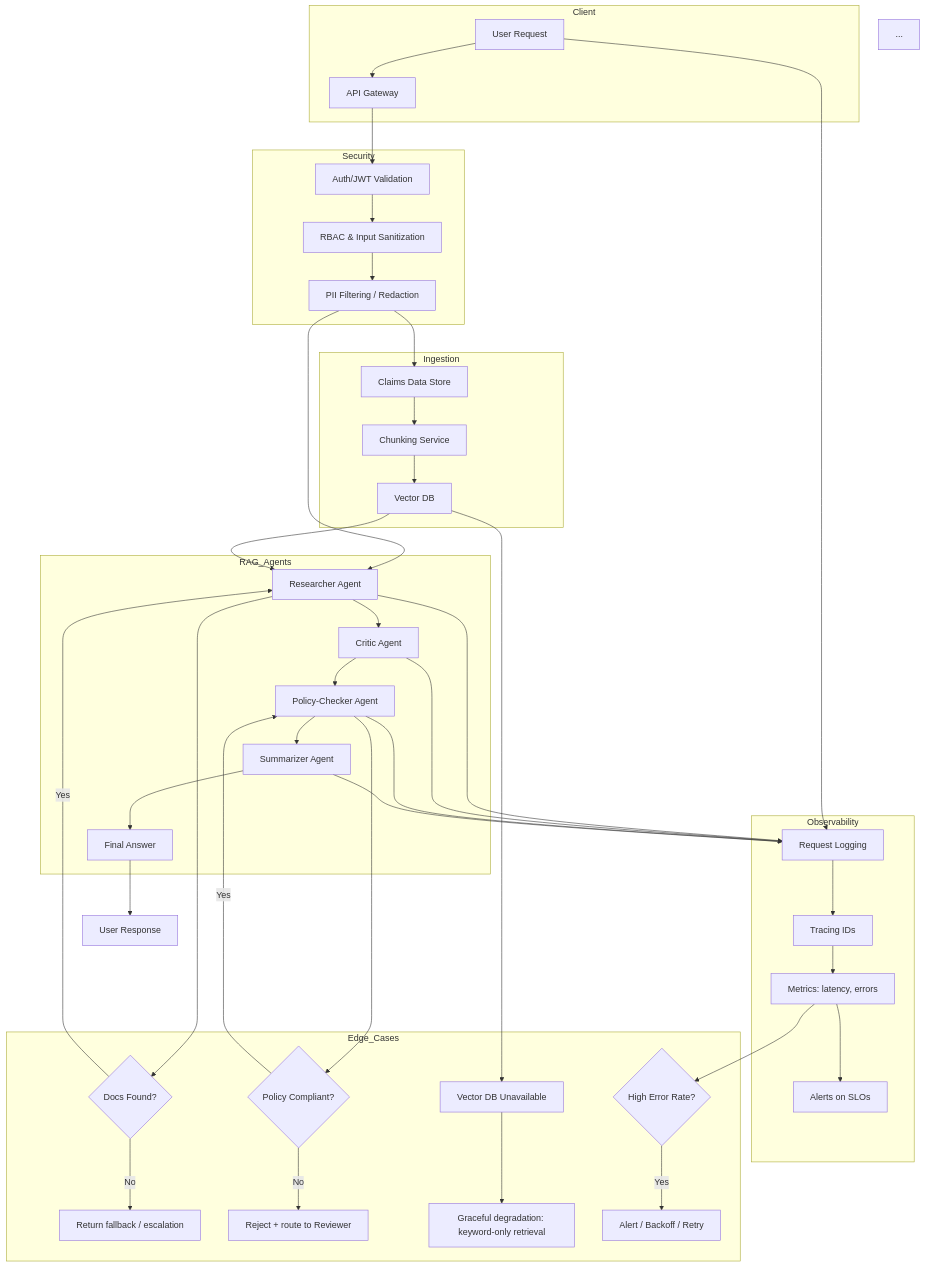
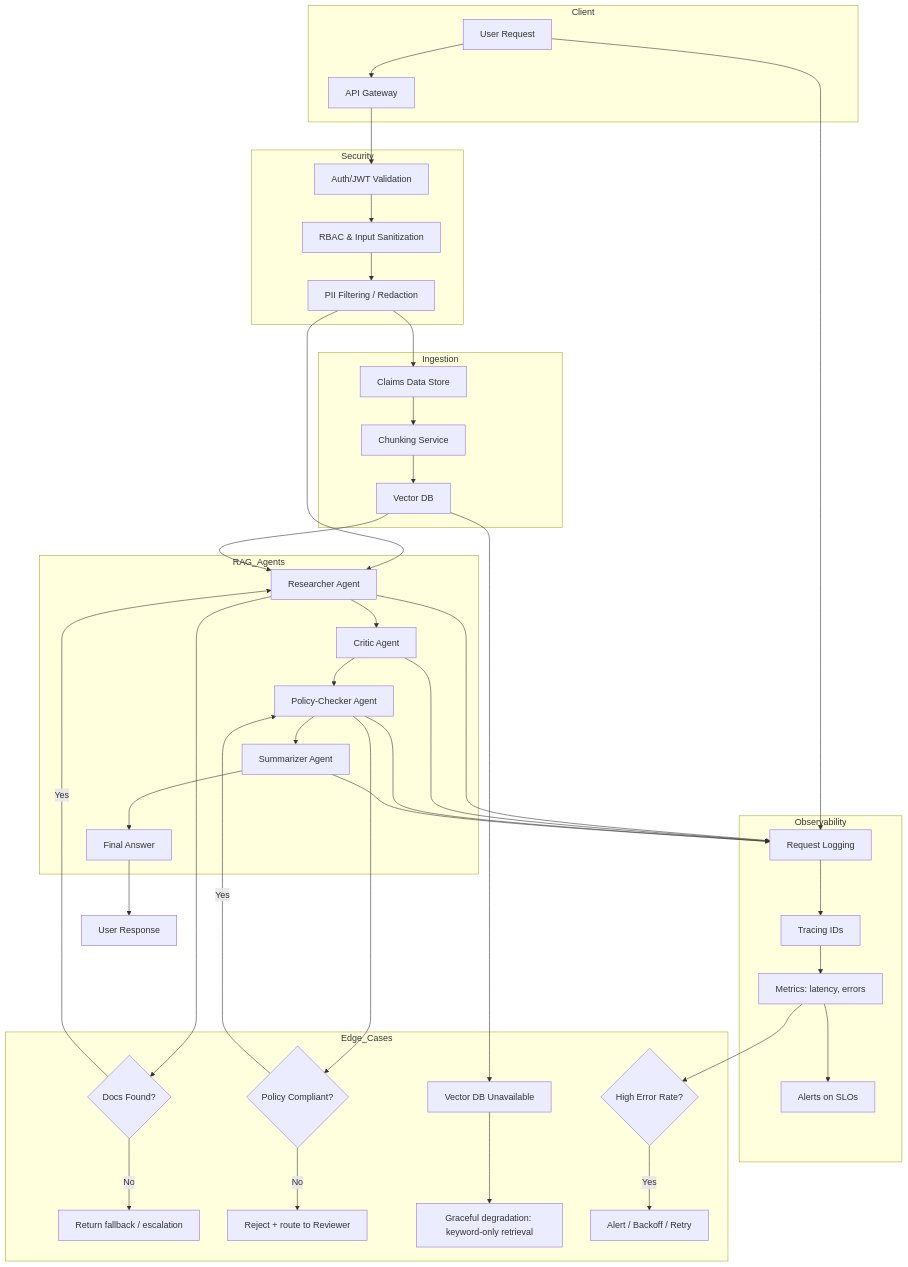
One commit to techiesumit/claims-smart-rag-agent changed the first of 2 diagrams in docs/architecture.md. Above: the diagram before and after it, drawn with Mermaid. The commit also changed other lines of this file and 14 other files, not shown here.

````diff
--- a/docs/architecture.md
+++ b/docs/architecture.md
@@ -1,57 +11,56 @@
 ```mermaid
 flowchart TD
     subgraph Client
         A[User Request] --> B[API Gateway]
     end
 
     subgraph Security
         B --> C[Auth/JWT Validation]
         C --> D[RBAC & Input Sanitization]
         D --> E[PII Filtering / Redaction]
     end
 
     subgraph Ingestion
         E --> F[Claims Data Store]
         F --> G[Chunking Service]
         G --> H[Vector DB]
     end
 
     subgraph RAG_Agents
         E --> I[Researcher Agent]
         H --> I
         I --> J[Critic Agent]
         J --> K[Policy‑Checker Agent]
         K --> L[Summarizer Agent]
         L --> M[Final Answer]
     end
 
     subgraph Observability
         A --> N[Request Logging]
         I --> N
         J --> N
         K --> N
         L --> N
         N --> O[Tracing IDs]
         O --> P[Metrics: latency, errors]
         P --> Q[Alerts on SLOs]
     end
 
     subgraph Edge_Cases
         I --> R{Docs Found?}
         R -- No --> S[Return fallback / escalation]
         R -- Yes --> I
 
         K --> T{Policy Compliant?}
         T -- No --> U[Reject + route to Reviewer]
         T -- Yes --> K
 
         H --> V[Vector DB Unavailable]
         V --> W[Graceful degradation: keyword‑only retrieval]
 
         P --> X{High Error Rate?}
         X -- Yes --> Y[Alert / Backoff / Retry]
     end
 
     M --> Z[User Response]
-    ...
 ```
````
